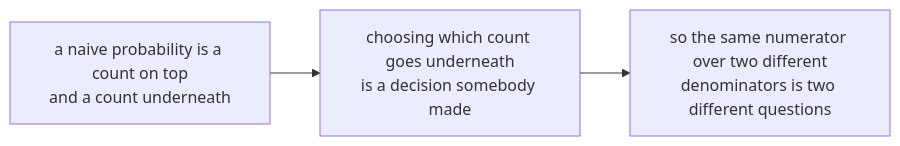
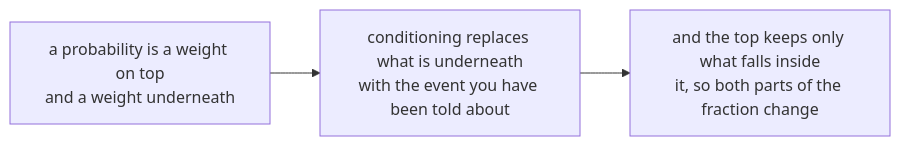
Before and after one commit to konradcinkusz/math-for-ai-engineers: the diagram in figures/mermaid/en/p23-two-denominators.mmd, drawn with Mermaid. The commit also changed 21 other files, not shown here.

```diff
--- a/figures/mermaid/en/p23-two-denominators.mmd
+++ b/figures/mermaid/en/p23-two-denominators.mmd
@@ -1,4 +1,4 @@
 flowchart LR
-  A["a naive probability is a count on top<br/>and a count underneath"]
-  A --> B["choosing which count goes underneath<br/>is a decision somebody made"]
-  B --> C["so the same numerator over two different<br/>denominators is two different questions"]
+  A["a probability is a weight on top<br/>and a weight underneath"]
+  A --> B["conditioning replaces what is underneath<br/>with the event you have been told about"]
+  B --> C["and the top keeps only what falls inside<br/>it, so both parts of the fraction change"]
```
